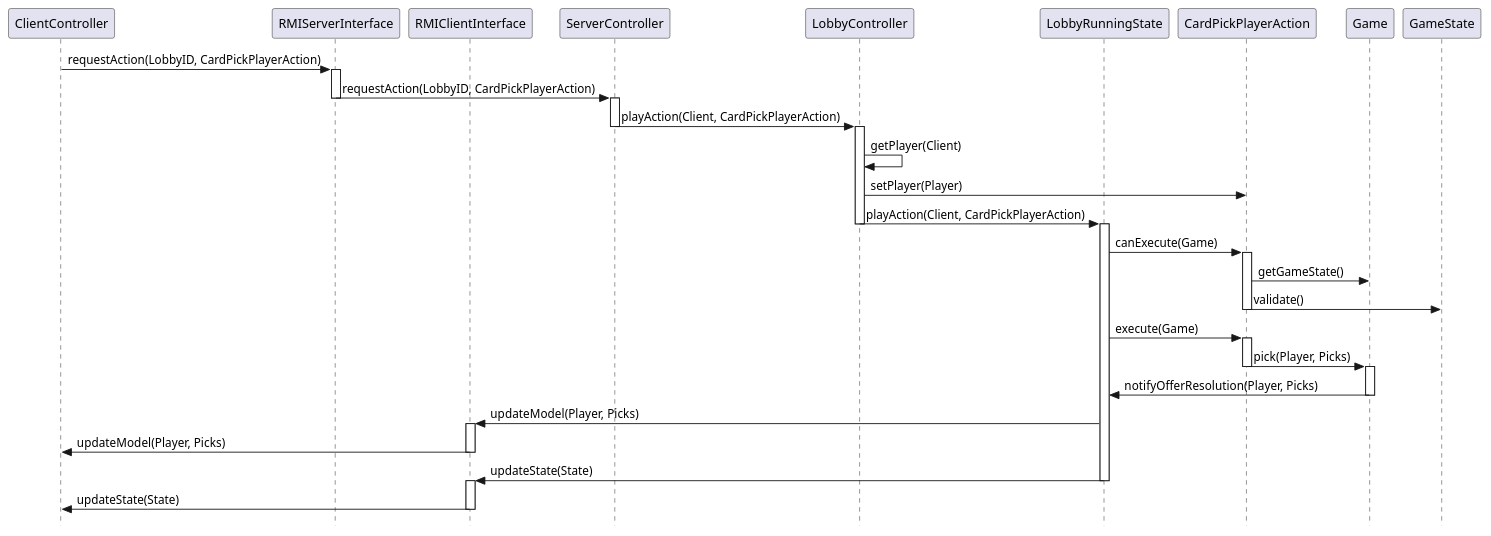
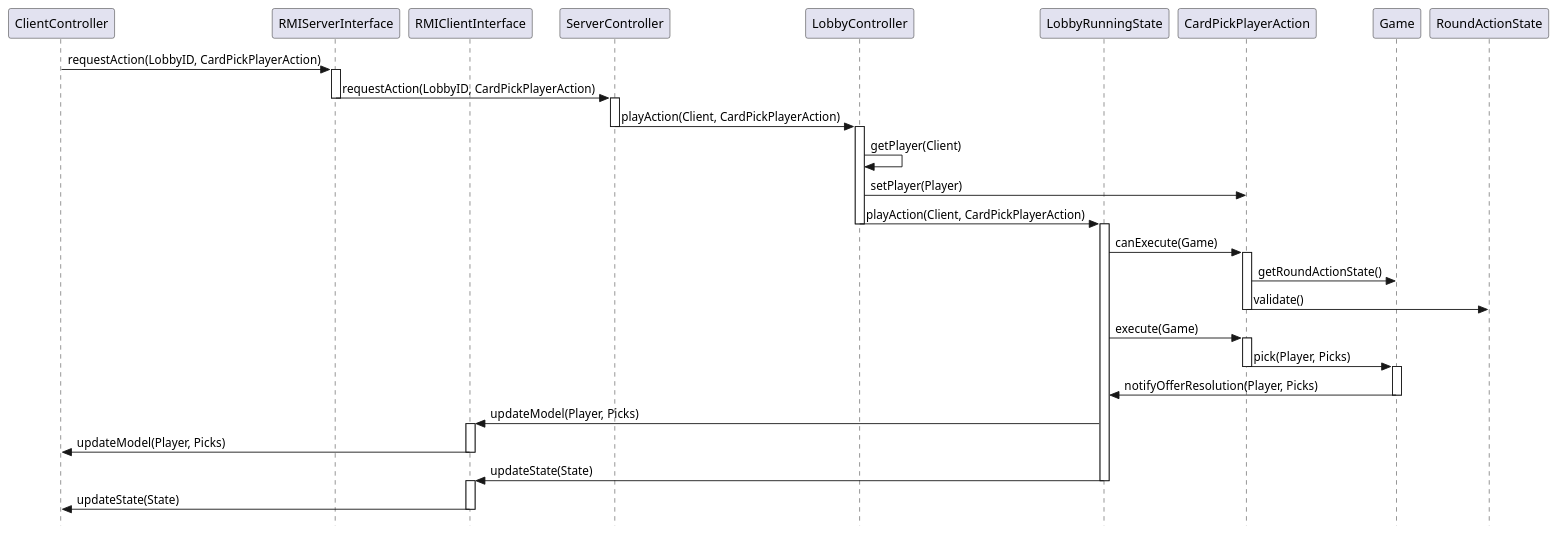
Before and after one commit to Teiyo22/ing-sw-2026-hu-hu-jin-jin: the diagram in uml/card_pick_rmi.puml, drawn with PlantUML. The commit also changed 3 other files, not shown here.

```diff
--- a/uml/card_pick_rmi.puml
+++ b/uml/card_pick_rmi.puml
@@ -1,61 +1,61 @@
 @startuml
 skinparam style strictuml
 
 participant ClientController
 participant RMIServerInterface
 participant RMIClientInterface
 participant ServerController
 participant LobbyController
 participant LobbyRunningState
 participant CardPickPlayerAction
 participant Game
-participant GameState
+participant RoundActionState
 
 ClientController -> RMIServerInterface: requestAction(LobbyID, CardPickPlayerAction)
 
 activate RMIServerInterface
 RMIServerInterface -> ServerController : requestAction(LobbyID, CardPickPlayerAction)
 deactivate RMIServerInterface
 
 activate ServerController
 ServerController -> LobbyController: playAction(Client, CardPickPlayerAction)
 deactivate ServerController
 
 activate LobbyController
 LobbyController -> LobbyController: getPlayer(Client)
 LobbyController -> CardPickPlayerAction: setPlayer(Player)
 LobbyController -> LobbyRunningState: playAction(Client, CardPickPlayerAction)
 deactivate LobbyController
 
 activate LobbyRunningState
 LobbyRunningState -> CardPickPlayerAction: canExecute(Game)
 
 activate CardPickPlayerAction
-CardPickPlayerAction -> Game: getGameState()
-CardPickPlayerAction -> GameState: validate()
+CardPickPlayerAction -> Game: getRoundActionState()
+CardPickPlayerAction -> RoundActionState: validate()
 deactivate CardPickPlayerAction
 
 LobbyRunningState -> CardPickPlayerAction: execute(Game)
 
 activate CardPickPlayerAction
 CardPickPlayerAction -> Game: pick(Player, Picks)
 deactivate CardPickPlayerAction
 
 activate Game
 Game -> LobbyRunningState: notifyOfferResolution(Player, Picks)
 deactivate Game
 
 LobbyRunningState -> RMIClientInterface: updateModel(Player, Picks)
 
 activate RMIClientInterface
 RMIClientInterface -> ClientController: updateModel(Player, Picks)
 deactivate RMIClientInterface
 
 LobbyRunningState -> RMIClientInterface: updateState(State)
 deactivate LobbyRunningState
 
 activate RMIClientInterface
 RMIClientInterface -> ClientController: updateState(State)
 deactivate RMIClientInterface
 
 @enduml
```
